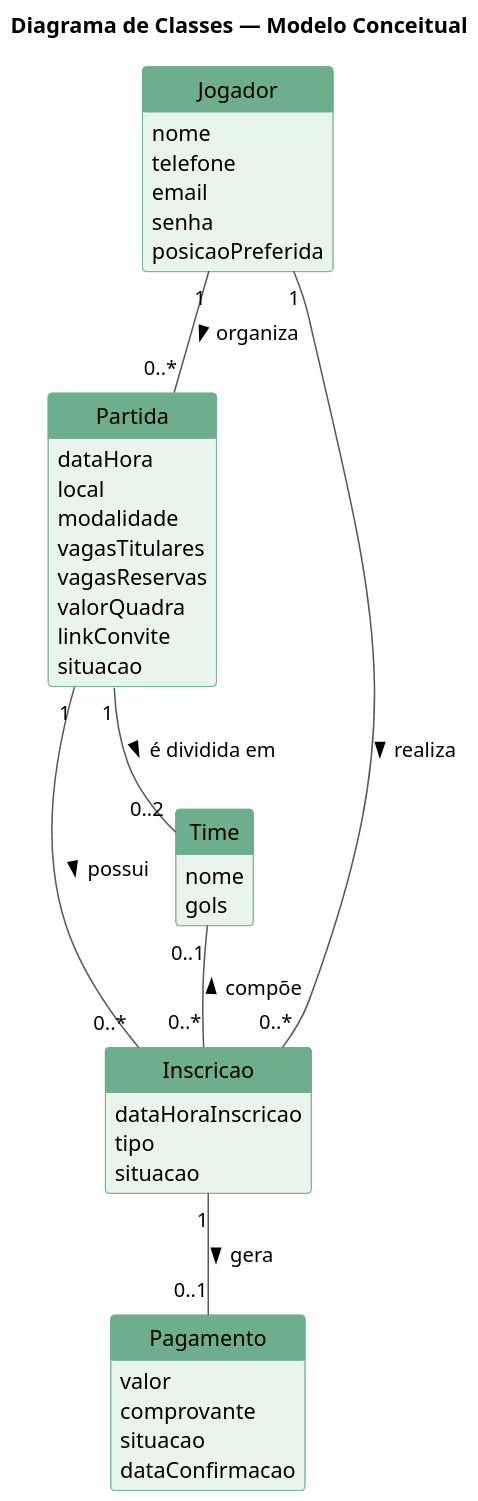
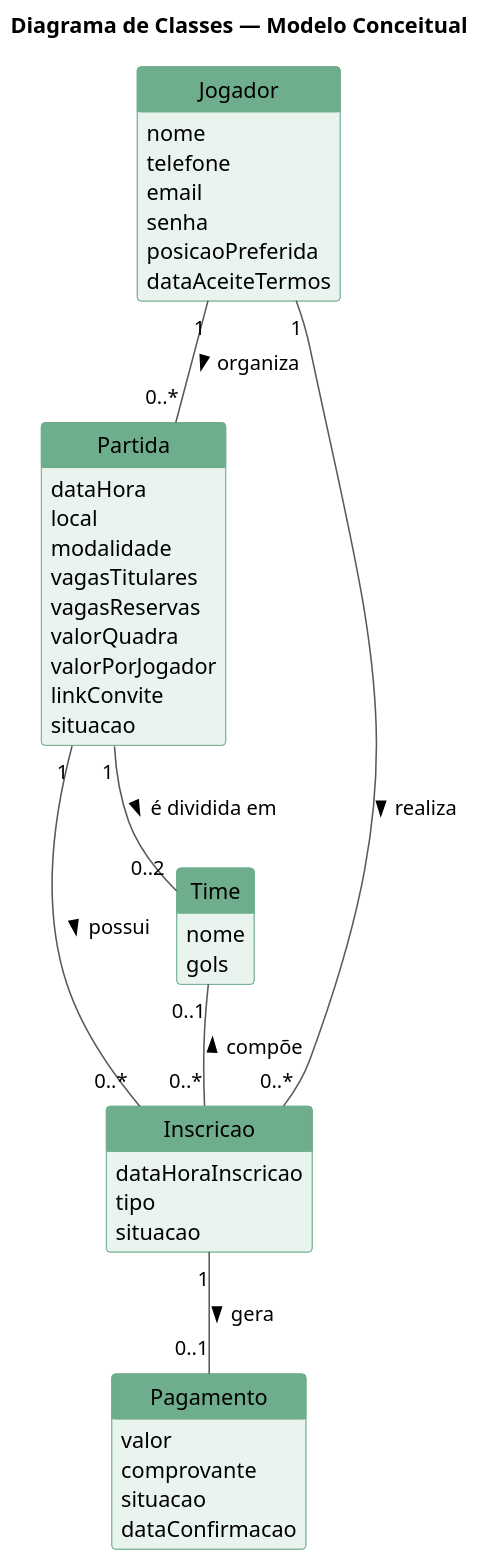
The diagram in diagramas/classes_conceitual.puml (VictorAndreon/Organizador-futebol-amador), drawn with PlantUML before and after one commit. The commit also changed 15 other files, not shown here.

```diff
--- a/diagramas/classes_conceitual.puml
+++ b/diagramas/classes_conceitual.puml
@@ -1,60 +1,62 @@
 @startuml classes_conceitual
 title Diagrama de Classes — Modelo Conceitual
 
 skinparam dpi 150
 
 hide circle
 hide methods
 skinparam ArrowColor #58595B
 skinparam class {
   BackgroundColor #EAF4EE
   BorderColor #6FAE8C
   HeaderBackgroundColor #6FAE8C
   HeaderFontColor #FFFFFF
 }
 
 class Jogador {
   nome
   telefone
   email
   senha
   posicaoPreferida
+  dataAceiteTermos
 }
 
 class Partida {
   dataHora
   local
   modalidade
   vagasTitulares
   vagasReservas
   valorQuadra
+  valorPorJogador
   linkConvite
   situacao
 }
 
 class Inscricao {
   dataHoraInscricao
   tipo
   situacao
 }
 
 class Time {
   nome
   gols
 }
 
 class Pagamento {
   valor
   comprovante
   situacao
   dataConfirmacao
 }
 
 Jogador "1" -- "0..*" Partida : organiza >
 Jogador "1" -- "0..*" Inscricao : realiza >
 Partida "1" -- "0..*" Inscricao : possui >
 Partida "1" -- "0..2" Time : é dividida em >
 Time "0..1" -- "0..*" Inscricao : compõe <
 Inscricao "1" -- "0..1" Pagamento : gera >
 
 @enduml
```
